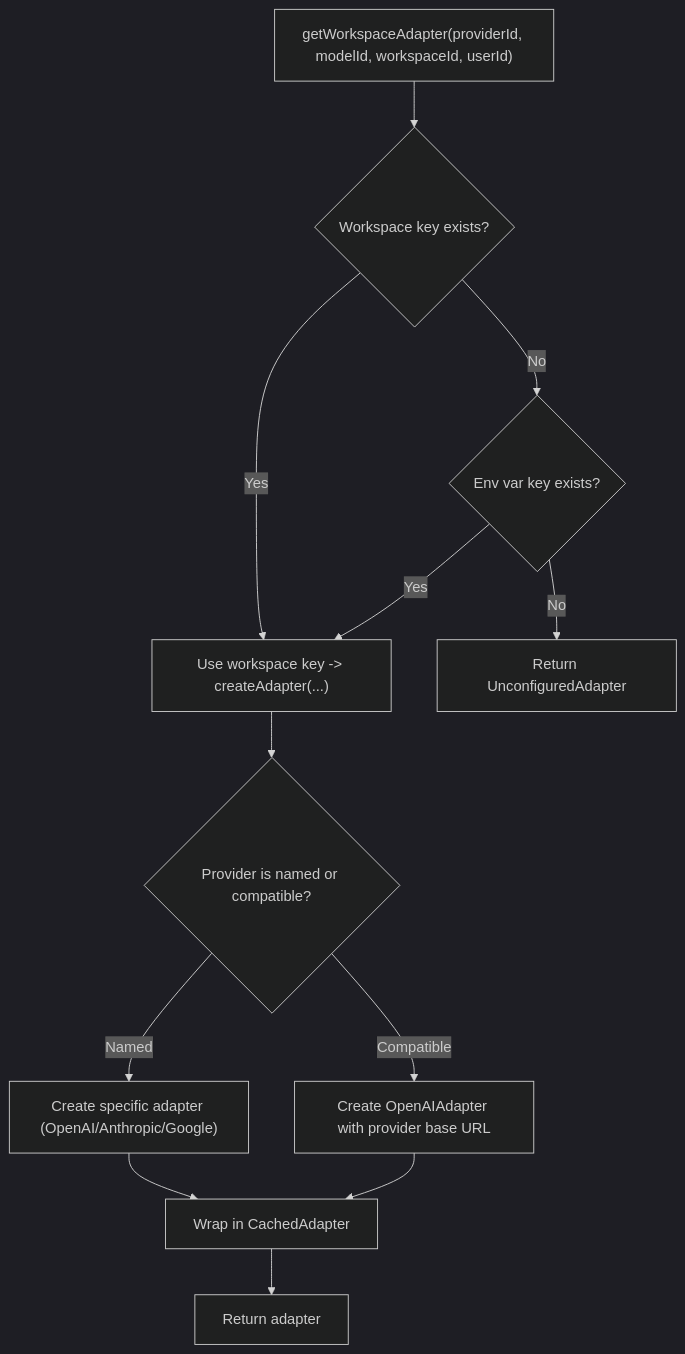
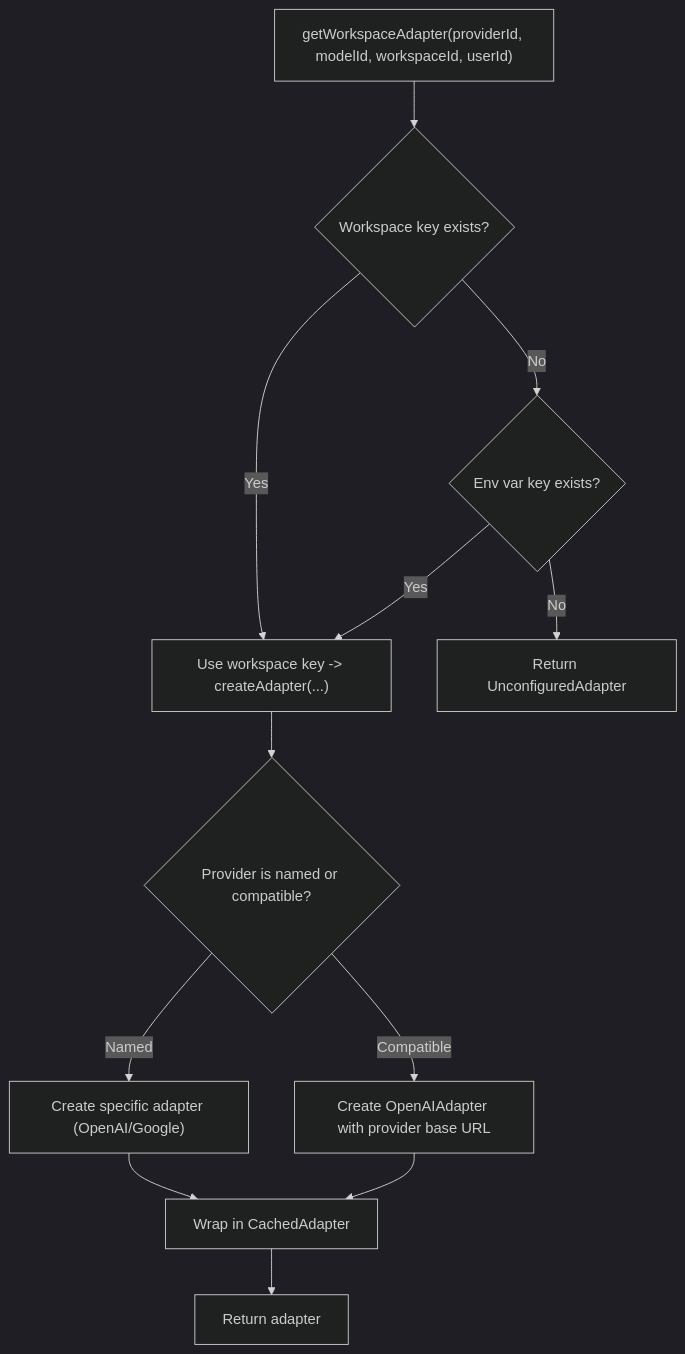
One commit to shekhargiri005-dotcom/AI-powered-accessibility-first-UI-engine changed the seventh of 8 diagrams in .qoder/repowiki/en/content/AI Generation Engine/AI Provider Adapters/Provider-Specific Implementations.md. Above: the diagram before and after it, drawn with Mermaid (dark theme). The commit also changed other lines of this file and 24 other files, not shown here.

````diff
--- a/.qoder/repowiki/en/content/AI Generation Engine/AI Provider Adapters/Provider-Specific Implementations.md
+++ b/.qoder/repowiki/en/content/AI Generation Engine/AI Provider Adapters/Provider-Specific Implementations.md
@@ -307,14 +288,14 @@
 ```mermaid
 flowchart TD
 A["getWorkspaceAdapter(providerId, modelId, workspaceId, userId)"] --> B{"Workspace key exists?"}
 B --> |Yes| C["Use workspace key -> createAdapter(...)"]
 B --> |No| D{"Env var key exists?"}
 D --> |Yes| C
 D --> |No| E["Return UnconfiguredAdapter"]
 C --> F{"Provider is named or compatible?"}
-F --> |Named| G["Create specific adapter (OpenAI/Anthropic/Google)"]
+F --> |Named| G["Create specific adapter (OpenAI/Google)"]
 F --> |Compatible| H["Create OpenAIAdapter with provider base URL"]
 G --> I["Wrap in CachedAdapter"]
 H --> I
 I --> J["Return adapter"]
 ```
````
